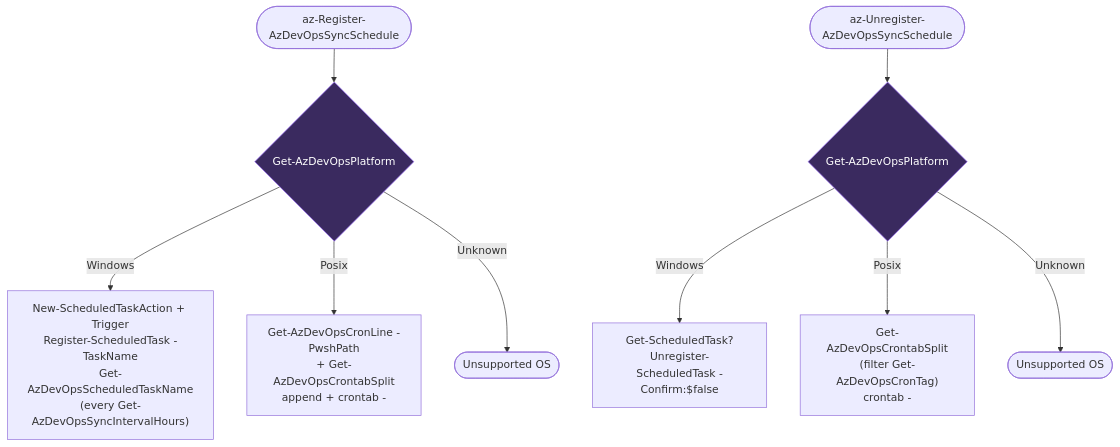
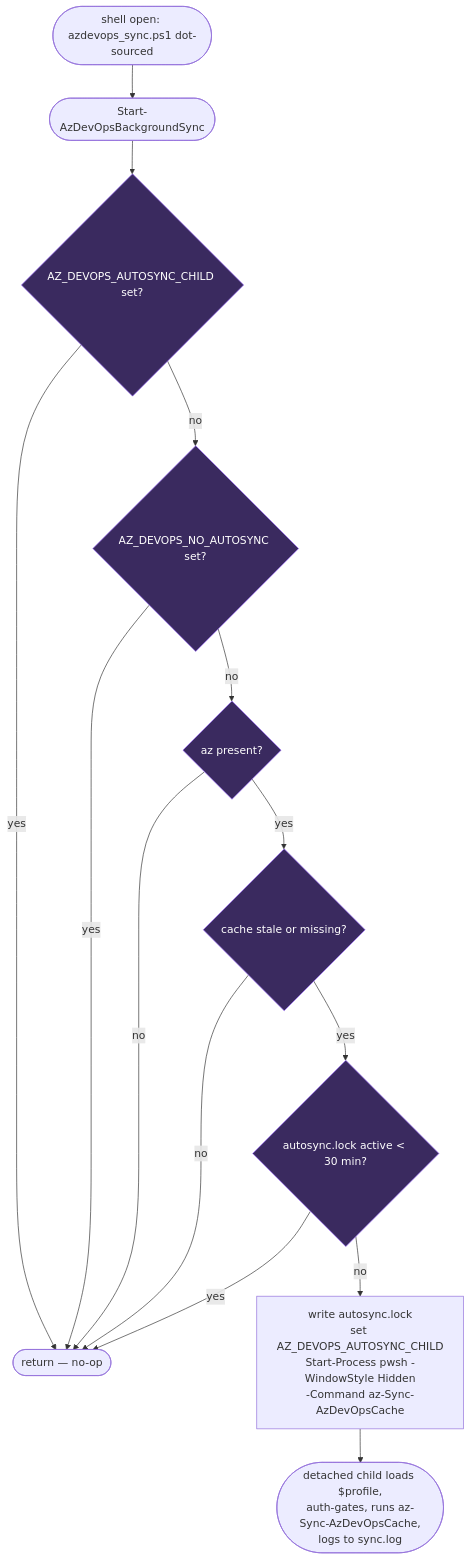
Diagram 11 of 13 in docs/azure-devops-diagrams.md (jdschleicher/bashcuts), drawn with Mermaid before and after one commit. The commit also changed other lines of this file and 5 other files, not shown here.

First line of the commit message:
Replace authorized resync with silent on-open background cache sync

````diff
--- a/docs/azure-devops-diagrams.md
+++ b/docs/azure-devops-diagrams.md
@@ -546,15 +544,19 @@
 ```mermaid
 flowchart TD
-    Reg([az-Register-AzDevOpsSyncSchedule]) --> P1{Get-AzDevOpsPlatform}
-    P1 -- Windows --> WReg["New-ScheduledTaskAction + Trigger<br/>Register-ScheduledTask -TaskName<br/>Get-AzDevOpsScheduledTaskName<br/>(every Get-AzDevOpsSyncIntervalHours)"]
-    P1 -- Posix --> PReg["Get-AzDevOpsCronLine -PwshPath<br/>+ Get-AzDevOpsCrontabSplit<br/>append + crontab -"]
-    P1 -- Unknown --> ErrR([Unsupported OS])
-
-    Unreg([az-Unregister-AzDevOpsSyncSchedule]) --> P2{Get-AzDevOpsPlatform}
-    P2 -- Windows --> WUn["Get-ScheduledTask?<br/>Unregister-ScheduledTask -Confirm:$false"]
-    P2 -- Posix --> PUn["Get-AzDevOpsCrontabSplit<br/>(filter Get-AzDevOpsCronTag)<br/>crontab -"]
-    P2 -- Unknown --> ErrU([Unsupported OS])
+    Open([shell open: azdevops_sync.ps1 dot-sourced]) --> Bg([Start-AzDevOpsBackgroundSync])
+    Bg --> C1{AZ_DEVOPS_AUTOSYNC_CHILD set?}
+    C1 -- yes --> Skip([return — no-op])
+    C1 -- no --> C2{AZ_DEVOPS_NO_AUTOSYNC set?}
+    C2 -- yes --> Skip
+    C2 -- no --> C3{az present?}
+    C3 -- no --> Skip
+    C3 -- yes --> C4{cache stale or missing?}
+    C4 -- no --> Skip
+    C4 -- yes --> C5{autosync.lock active < 30 min?}
+    C5 -- yes --> Skip
+    C5 -- no --> Spawn["write autosync.lock<br/>set AZ_DEVOPS_AUTOSYNC_CHILD<br/>Start-Process pwsh -WindowStyle Hidden<br/>-Command az-Sync-AzDevOpsCache"]
+    Spawn --> Child([detached child loads $profile,<br/>auth-gates, runs az-Sync-AzDevOpsCache,<br/>logs to sync.log])
 
     classDef shared fill:#3a2a5f,stroke:#a070ff,color:#fff
-    class P1,P2 shared
+    class C1,C2,C3,C4,C5 shared
 ```
````
